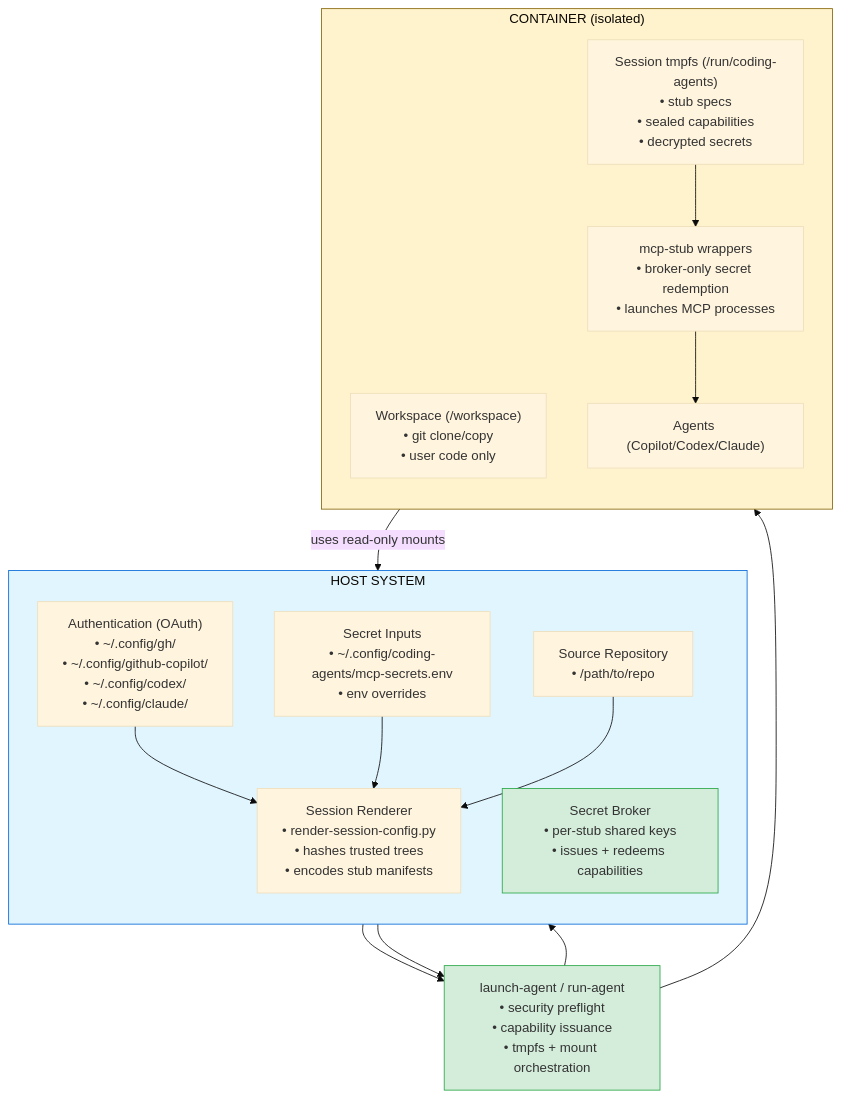
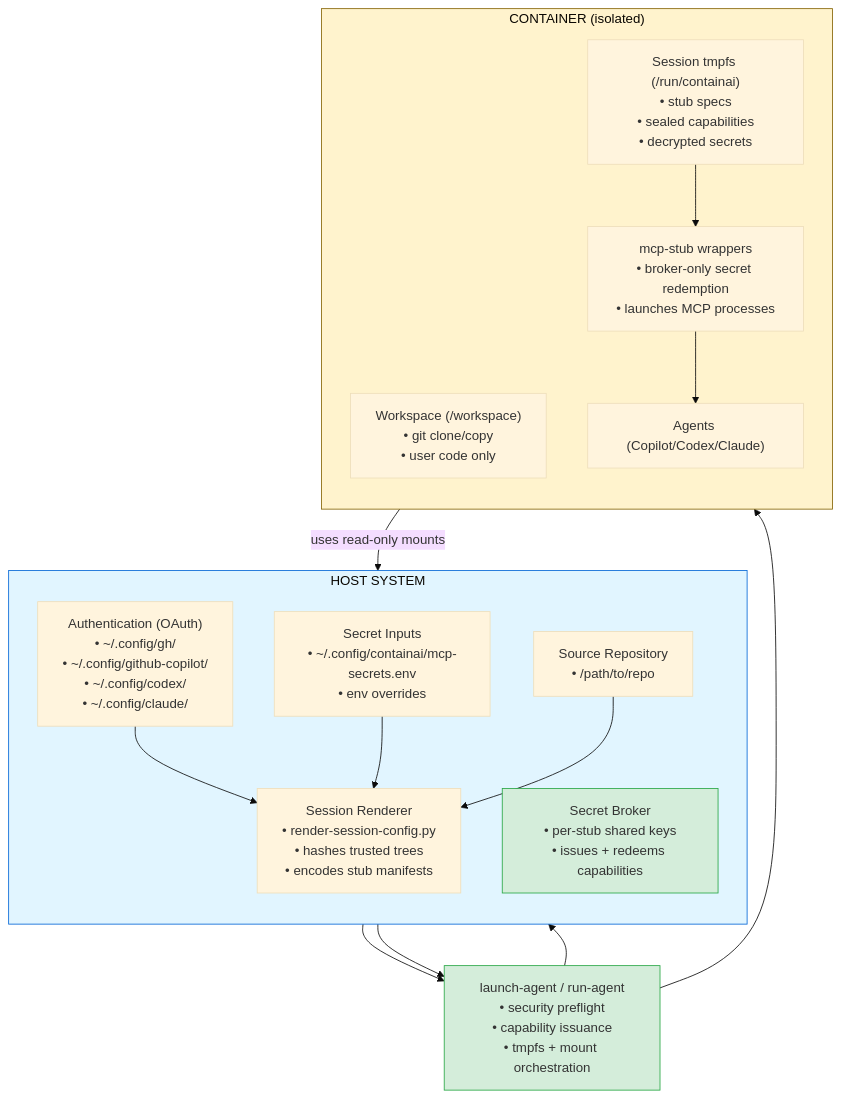
One commit to novotnyllc/ContainAI changed the first of 14 diagrams in docs/architecture.md. Above: the diagram before and after it, drawn with Mermaid (base theme). The commit also changed other lines of this file and 109 other files, not shown here.

````diff
--- a/docs/architecture.md
+++ b/docs/architecture.md
@@ -16,36 +16,36 @@
 ```mermaid
 flowchart TB
     subgraph host["HOST SYSTEM"]
         direction TB
         auth["Authentication (OAuth)<br/>• ~/.config/gh/<br/>• ~/.config/github-copilot/<br/>• ~/.config/codex/<br/>• ~/.config/claude/"]
-        secrets["Secret Inputs<br/>• ~/.config/coding-agents/mcp-secrets.env<br/>• env overrides"]
+        secrets["Secret Inputs<br/>• ~/.config/containai/mcp-secrets.env<br/>• env overrides"]
         repo["Source Repository<br/>• /path/to/repo"]
         renderer["Session Renderer<br/>• render-session-config.py<br/>• hashes trusted trees<br/>• encodes stub manifests"]
         broker["Secret Broker<br/>• per-stub shared keys<br/>• issues + redeems capabilities"]
     end
 
     launcher["launch-agent / run-agent<br/>• security preflight<br/>• capability issuance<br/>• tmpfs + mount orchestration"]
 
     subgraph container["CONTAINER (isolated)"]
         direction TB
         workspace["Workspace (/workspace)<br/>• git clone/copy<br/>• user code only"]
-        tmpfs["Session tmpfs (/run/coding-agents)<br/>• stub specs<br/>• sealed capabilities<br/>• decrypted secrets"]
+        tmpfs["Session tmpfs (/run/containai)<br/>• stub specs<br/>• sealed capabilities<br/>• decrypted secrets"]
         mcpstub["mcp-stub wrappers<br/>• broker-only secret redemption<br/>• launches MCP processes"]
         agents["Agents (Copilot/Codex/Claude)"]
     end
 
     auth --> renderer
     secrets --> renderer
     repo --> renderer
     renderer --> launcher
     launcher --> broker
     broker --> launcher
     launcher --> container
     container -->|uses read-only mounts| auth
     tmpfs --> mcpstub --> agents
 
     style host fill:#e1f5ff,stroke:#0366d6
     style container fill:#fff3cd,stroke:#856404
     style launcher fill:#d4edda,stroke:#28a745
     style broker fill:#d4edda,stroke:#28a745
 ```
````
